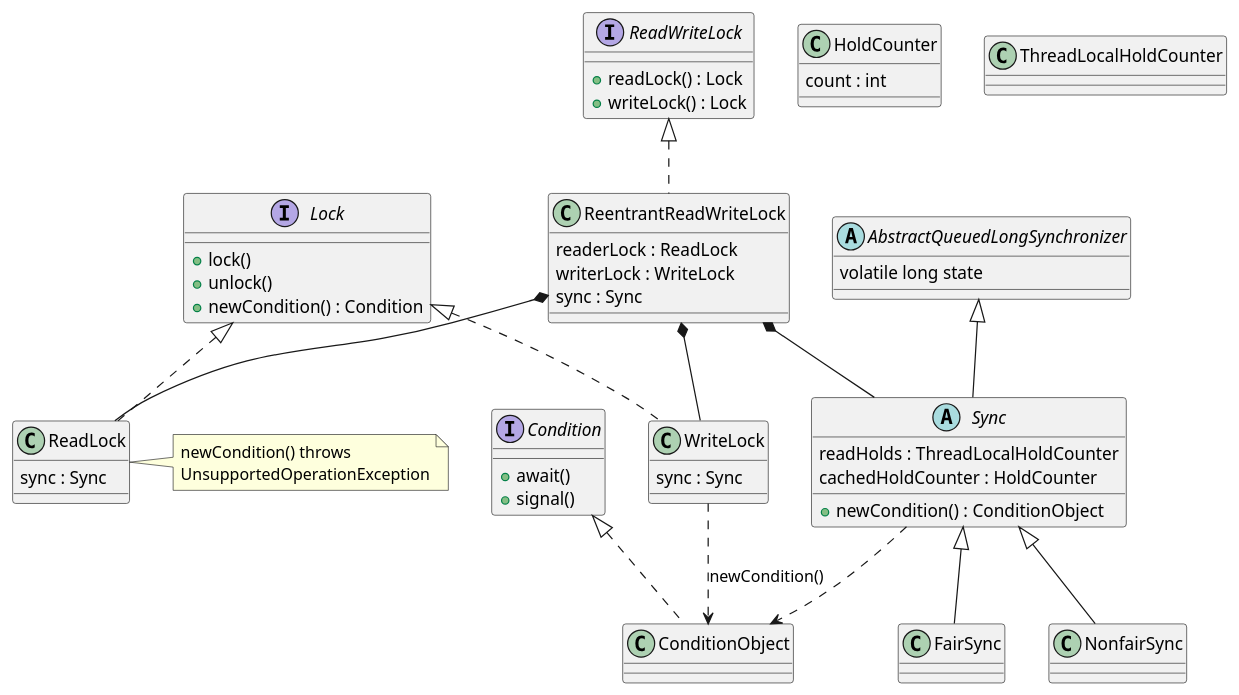
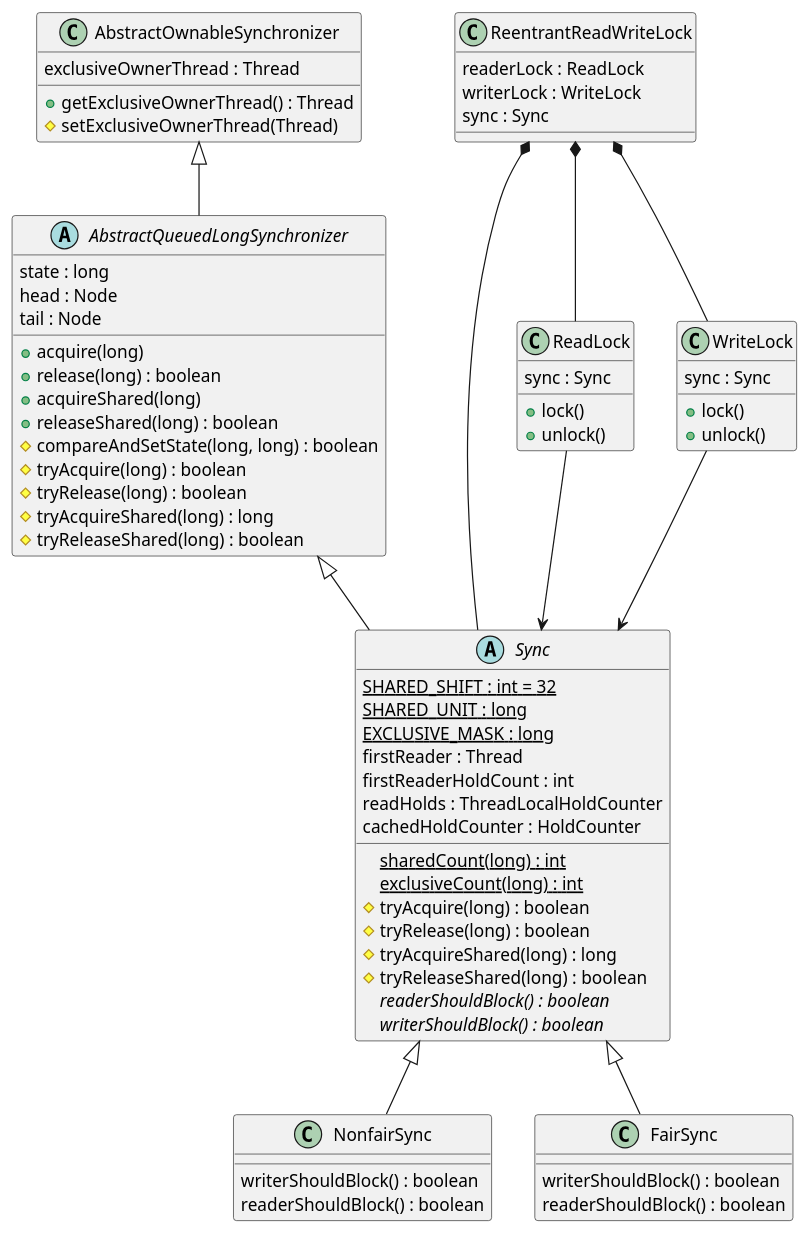
One commit to kevinwang930/kevinwang930.github.io changed the fourth of 8 diagrams in content/post/java/concurrency/synchronizer-framework/index.md. Above: the diagram before and after it, drawn with PlantUML. The commit also changed other lines of this file, not shown here.

Commit message:
readWriteLock

````diff
--- a/content/post/java/concurrency/synchronizer-framework/index.md
+++ b/content/post/java/concurrency/synchronizer-framework/index.md
@@ -776,61 +776,82 @@
 ```plantuml
 @startuml
-interface Lock {
-    + lock()
-    + unlock()
-    + newCondition() : Condition
+top to bottom direction
+
+class AbstractOwnableSynchronizer {
+    exclusiveOwnerThread : Thread
+    + getExclusiveOwnerThread() : Thread
+    # setExclusiveOwnerThread(Thread)
 }
 
-interface Condition {
-    + await()
-    + signal()
+abstract class AbstractQueuedLongSynchronizer {
+    state : long
+    head : Node
+    tail : Node
+    + acquire(long)
+    + release(long) : boolean
+    + acquireShared(long)
+    + releaseShared(long) : boolean
+    # compareAndSetState(long, long) : boolean
+    # tryAcquire(long) : boolean
+    # tryRelease(long) : boolean
+    # tryAcquireShared(long) : long
+    # tryReleaseShared(long) : boolean
 }
 
-class ConditionObject implements Condition
-
-interface ReadWriteLock {
-    + readLock() : Lock
-    + writeLock() : Lock
+abstract class Sync {
+    {static} SHARED_SHIFT : int = 32
+    {static} SHARED_UNIT : long
+    {static} EXCLUSIVE_MASK : long
+    firstReader : Thread
+    firstReaderHoldCount : int
+    readHolds : ThreadLocalHoldCounter
+    cachedHoldCounter : HoldCounter
+    {static} sharedCount(long) : int
+    {static} exclusiveCount(long) : int
+    # tryAcquire(long) : boolean
+    # tryRelease(long) : boolean
+    # tryAcquireShared(long) : long
+    # tryReleaseShared(long) : boolean
+    {abstract} readerShouldBlock() : boolean
+    {abstract} writerShouldBlock() : boolean
 }
 
-class ReentrantReadWriteLock implements ReadWriteLock {
+class NonfairSync {
+    writerShouldBlock() : boolean
+    readerShouldBlock() : boolean
+}
+
+class FairSync {
+    writerShouldBlock() : boolean
+    readerShouldBlock() : boolean
+}
+
+class ReentrantReadWriteLock {
     readerLock : ReadLock
     writerLock : WriteLock
     sync : Sync
 }
 
-class ReadLock implements Lock {
+class ReadLock {
     sync : Sync
+    + lock()
+    + unlock()
 }
 
-class WriteLock implements Lock {
+class WriteLock {
     sync : Sync
+    + lock()
+    + unlock()
 }
 
-abstract class "AbstractQueuedLongSynchronizer" as AQLS {
-    volatile long state
-}
-
-abstract class Sync extends AQLS {
-    + newCondition() : ConditionObject
-    readHolds : ThreadLocalHoldCounter
-    cachedHoldCounter : HoldCounter
-}
-
-class HoldCounter {
-    count : int
-}
-
-class ThreadLocalHoldCounter
-
-class NonfairSync extends Sync
-class FairSync extends Sync
-
+AbstractOwnableSynchronizer <|-- AbstractQueuedLongSynchronizer
+AbstractQueuedLongSynchronizer <|-- Sync
+Sync <|-- NonfairSync
+Sync <|-- FairSync
 ReentrantReadWriteLock *-- ReadLock
 ReentrantReadWriteLock *-- WriteLock
 ReentrantReadWriteLock *-- Sync
-WriteLock ..> ConditionObject : newCondition()
-Sync ..> ConditionObject
-note right of ReadLock : newCondition() throws\nUnsupportedOperationException
+ReadLock --> Sync
+WriteLock --> Sync
 @enduml
 ```
````
